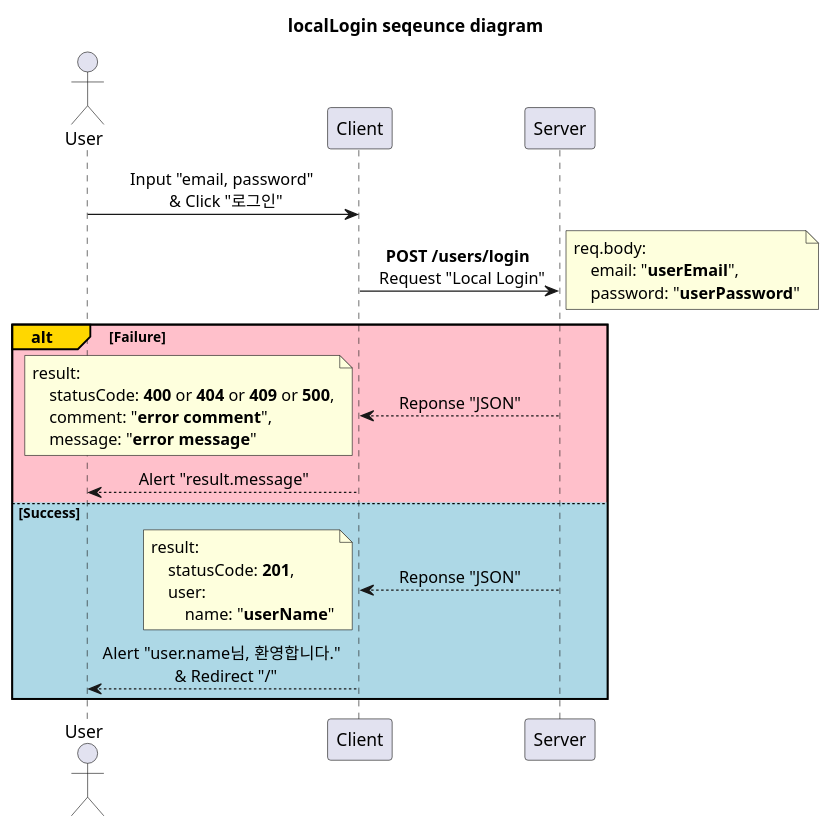
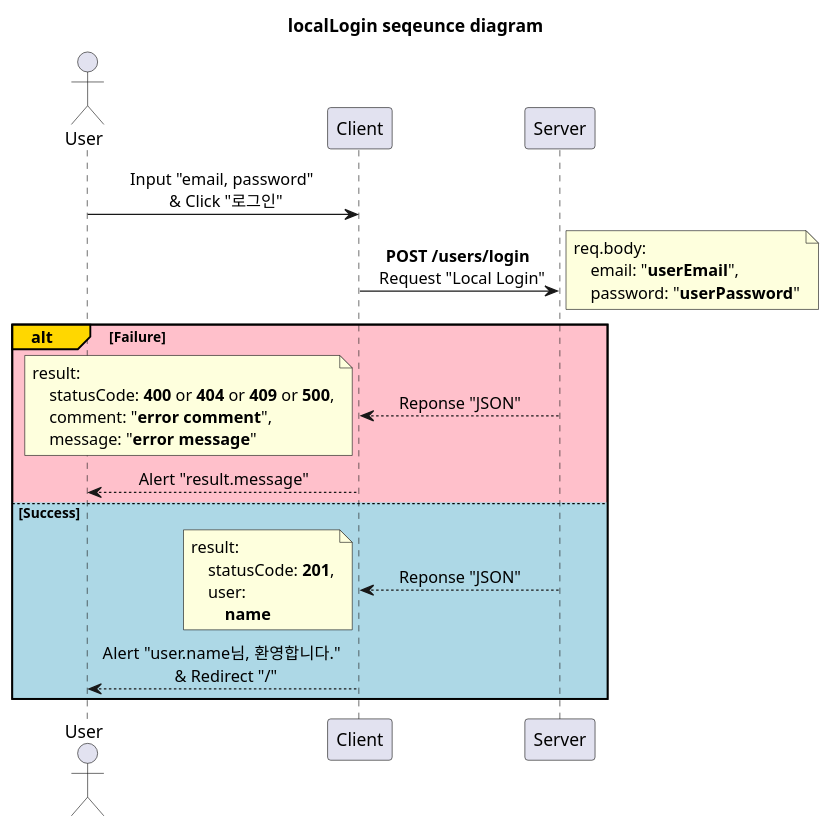
One commit to devSeungBin/SSCS changed the diagram in diagram/login_page/localLogin.puml. Above: the diagram before and after it, drawn with PlantUML. The commit also changed 22 other files, not shown here.

```diff
--- a/diagram/login_page/localLogin.puml
+++ b/diagram/login_page/localLogin.puml
@@ -1,43 +1,43 @@
 @startuml localLogin
 'http://localhost:3000/login
 
 title localLogin seqeunce diagram
 
 skinparam SequenceMessageAlignment center
 
 participant Server order 30
 participant Client order 20
 actor User order 10
 
 User -> Client: Input "email, password" \n & Click "로그인"
 
 Client -> Server: **POST /users/login** \n Request "Local Login"
 note right
     req.body:
         email: "**userEmail**",
         password: "**userPassword**"
 end note
 
 alt#Gold #Pink Failure
     Client <-- Server: Reponse "JSON"
     note left
         result:
             statusCode: **400** or **404** or **409** or **500**,
             comment: "**error comment**",
             message: "**error message**"
     end note
     User <-- Client: Alert "result.message"
 
 else #LightBlue Success
     Client <-- Server: Reponse "JSON"
     note left
         result:
             statusCode: **201**,
             user:
-                name: "**userName**"
+                **name**
     end note
     User <-- Client: Alert "user.name님, 환영합니다." \n & Redirect "/"
 
 end
 
 @enduml
```
